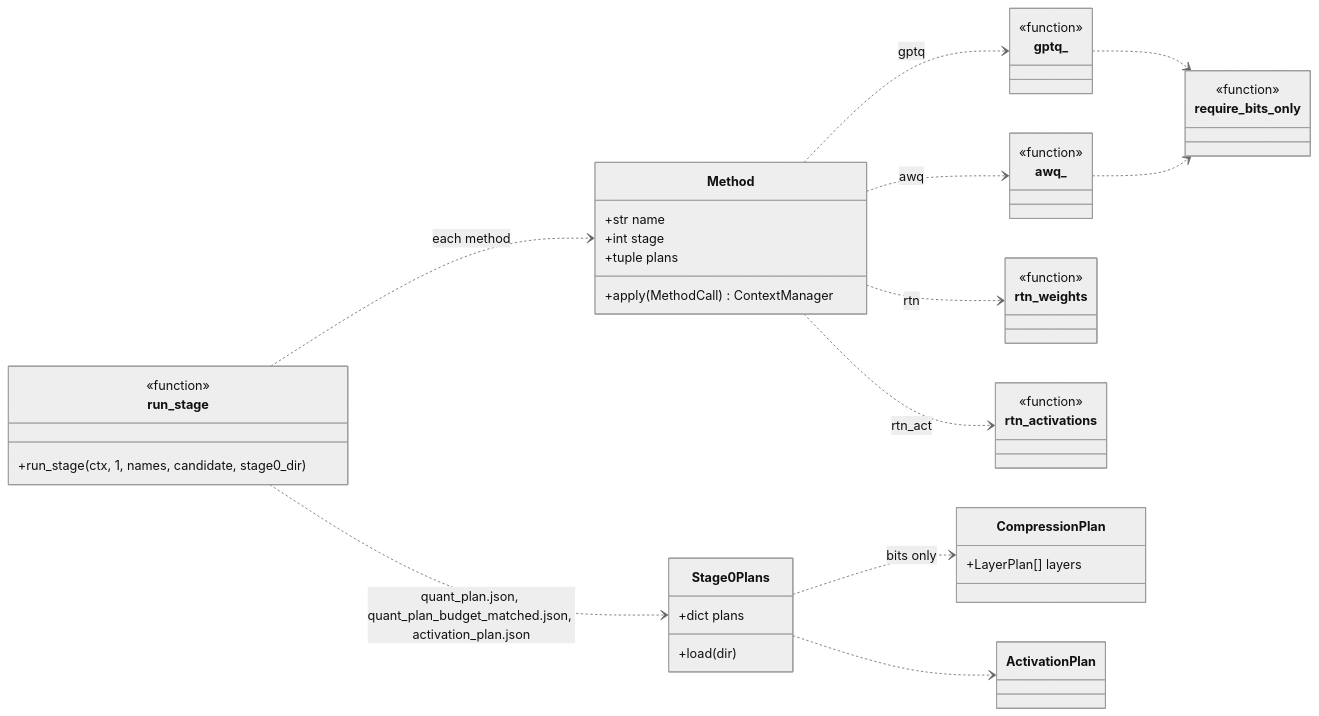
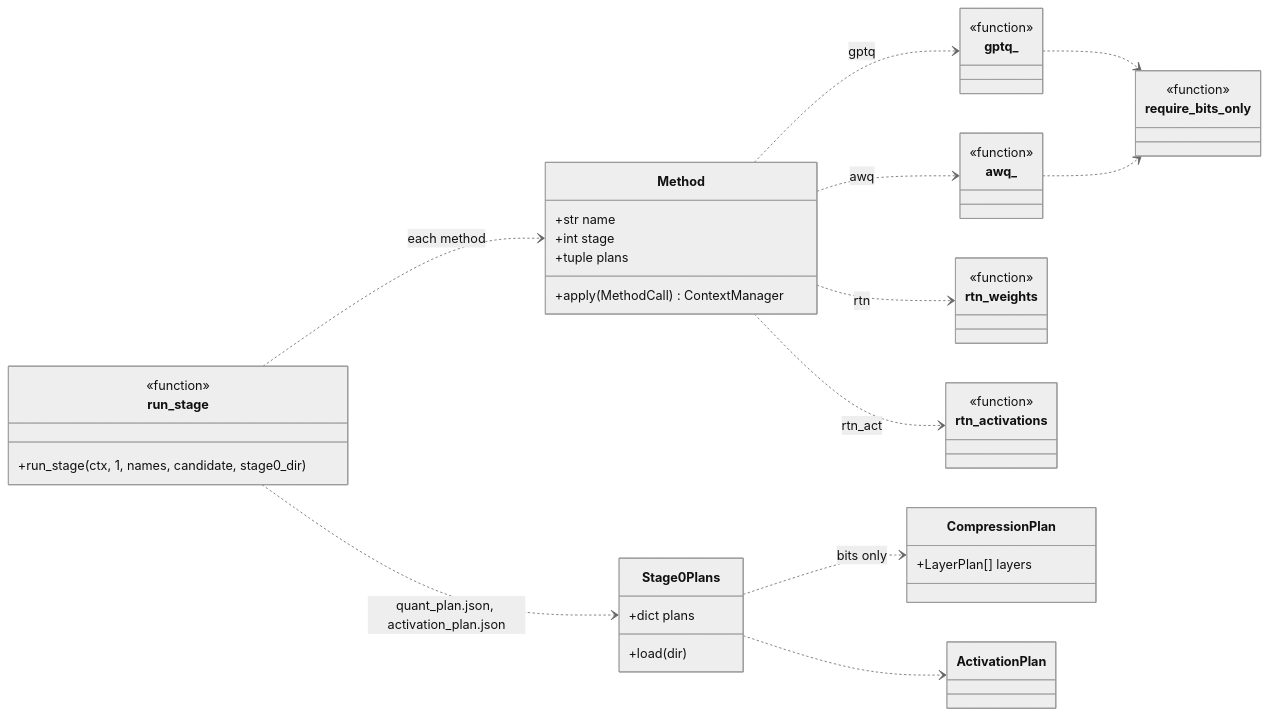
One commit to hamuutpls/sensitivity-driven-framework changed the first of 2 diagrams in docs/diagrams/stage1.md. Above: the diagram before and after it, drawn with Mermaid (neutral theme). The commit also changed other lines of this file and 20 other files, not shown here.

First line of the commit message:
Remove the budget plan: compare standard quantization with our method

````diff
--- a/docs/diagrams/stage1.md
+++ b/docs/diagrams/stage1.md
@@ -17,49 +17,49 @@
 ```mermaid
 classDiagram
     direction LR
 
     class Method {
         +str name
         +int stage
         +tuple plans
         +apply(MethodCall) ContextManager
     }
     class gptq_ {
         <<function>>
     }
     class awq_ {
         <<function>>
     }
     class rtn_weights {
         <<function>>
     }
     class rtn_activations {
         <<function>>
     }
     class require_bits_only {
         <<function>>
     }
     class run_stage {
         <<function>>
         +run_stage(ctx, 1, names, candidate, stage0_dir)
     }
     class Stage0Plans {
         +dict plans
         +load(dir)
     }
     class CompressionPlan {
         +LayerPlan[] layers
     }
     class ActivationPlan
 
     Method ..> gptq_ : gptq
     Method ..> awq_ : awq
     Method ..> rtn_weights : rtn
     Method ..> rtn_activations : rtn_act
     gptq_ ..> require_bits_only
     awq_ ..> require_bits_only
     run_stage ..> Method : each method
-    run_stage ..> Stage0Plans : quant_plan.json, quant_plan_budget_matched.json, activation_plan.json
+    run_stage ..> Stage0Plans : quant_plan.json, activation_plan.json
     Stage0Plans ..> CompressionPlan : bits only
     Stage0Plans ..> ActivationPlan
 ```
````
